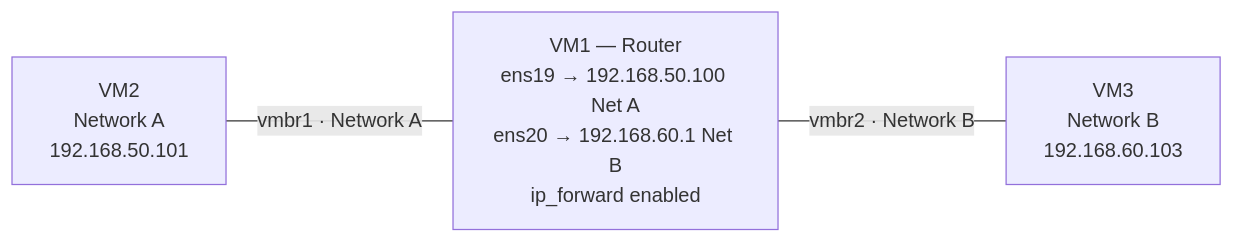
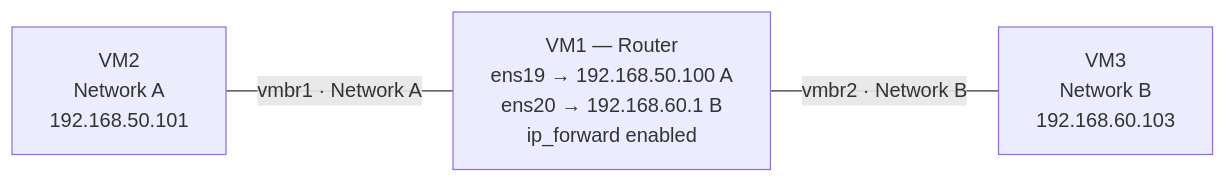
Before and after one commit to AnthonyQ04/proxmox-network-lab: the second of 2 diagrams in README.md, drawn with Mermaid.

````diff
--- a/README.md
+++ b/README.md
@@ -37,9 +37,9 @@
 ```mermaid
 graph LR
     VM2["VM2<br/>Network A<br/>192.168.50.101"]
-    VM1["VM1 — Router<br/>ens19 → 192.168.50.100 Net A<br/>ens20 → 192.168.60.1 Net B<br/>ip_forward enabled"]
+    VM1["VM1 — Router<br/>ens19 → 192.168.50.100 A<br/>ens20 → 192.168.60.1 B<br/>ip_forward enabled"]
     VM3["VM3<br/>Network B<br/>192.168.60.103"]
 
     VM2 ---|"vmbr1 · Network A"| VM1
     VM1 ---|"vmbr2 · Network B"| VM3
 ```
````
